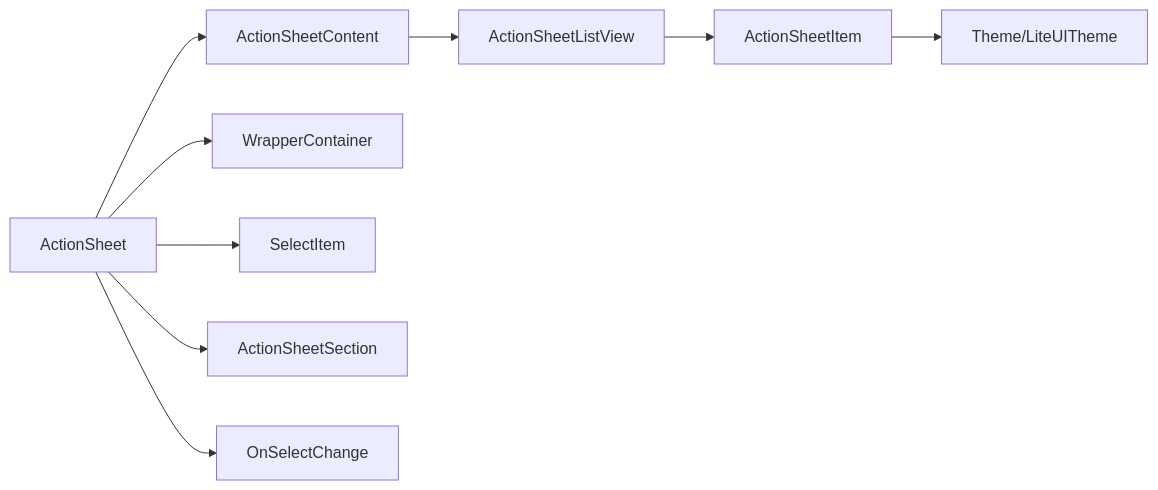
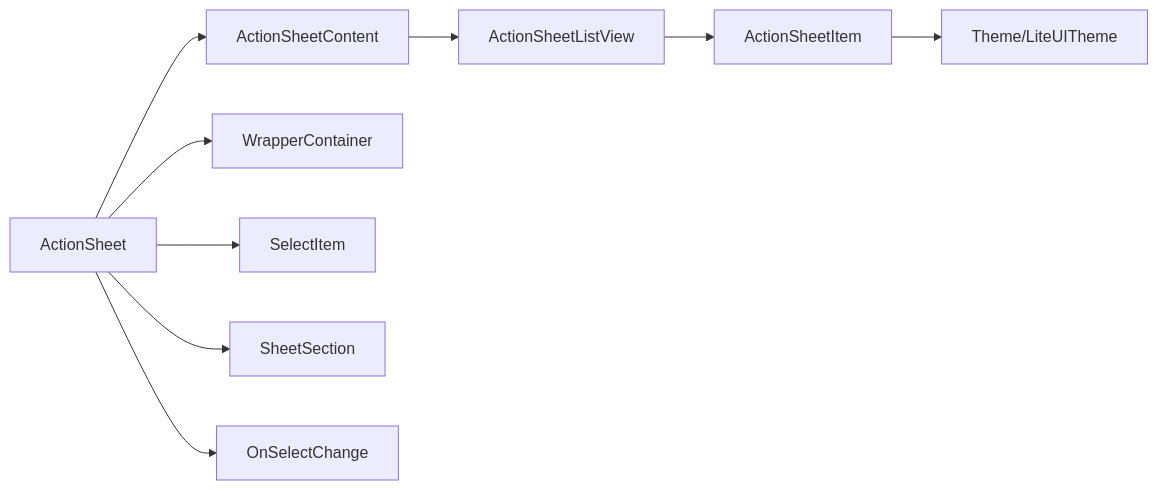
The fourth of 4 diagrams in .qoder/repowiki/zh/content/业务组件/ActionSheet 底部弹窗.md (yuzhido/lite-ui), drawn with Mermaid before and after one commit. The commit also changed other lines of this file and 26 other files, not shown here.

````diff
--- a/.qoder/repowiki/zh/content/业务组件/ActionSheet 底部弹窗.md
+++ b/.qoder/repowiki/zh/content/业务组件/ActionSheet 底部弹窗.md
@@ -277,11 +296,11 @@
 ```mermaid
 graph LR
 AS["ActionSheet"] --> AC["ActionSheetContent"]
 AS --> WC["WrapperContainer"]
 AS --> SI["SelectItem"]
-AS --> SSec["ActionSheetSection"]
+AS --> SSec["SheetSection"]
 AS --> CB["OnSelectChange"]
 AC --> ALV["ActionSheetListView"]
 ALV --> AI["ActionSheetItem"]
 AI --> T["Theme/LiteUITheme"]
 ```
````
